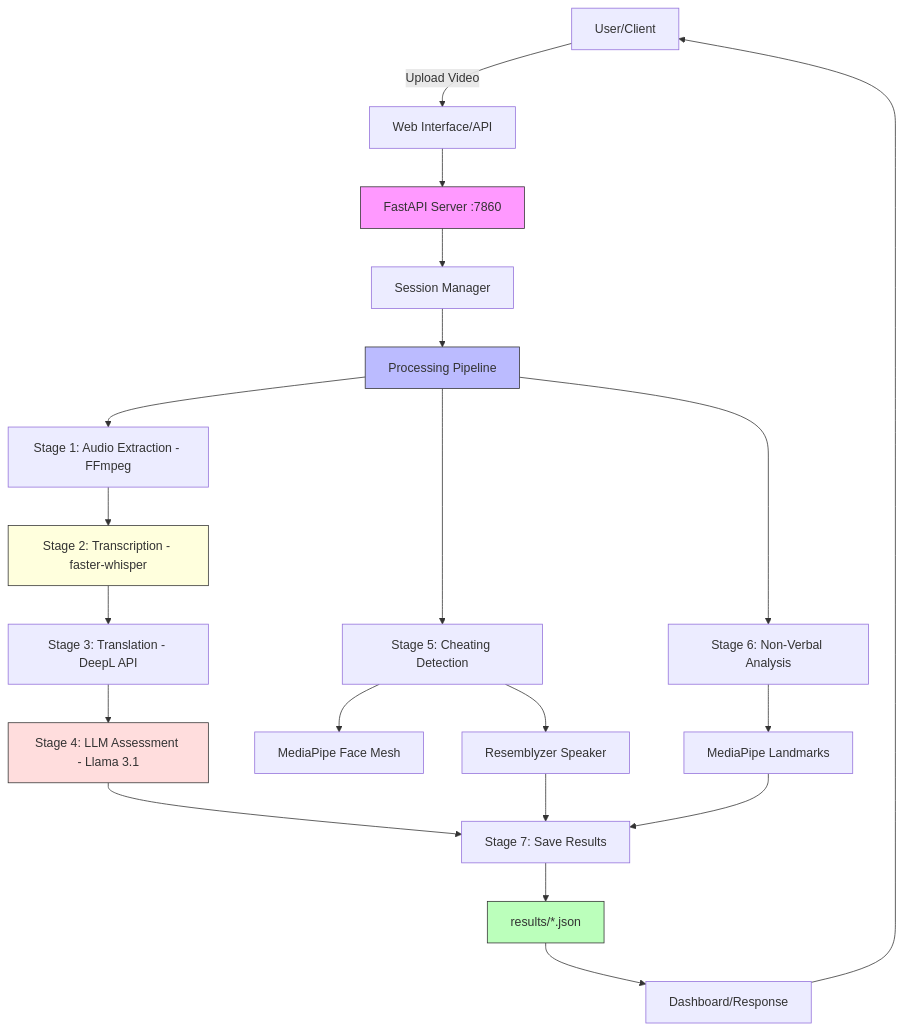
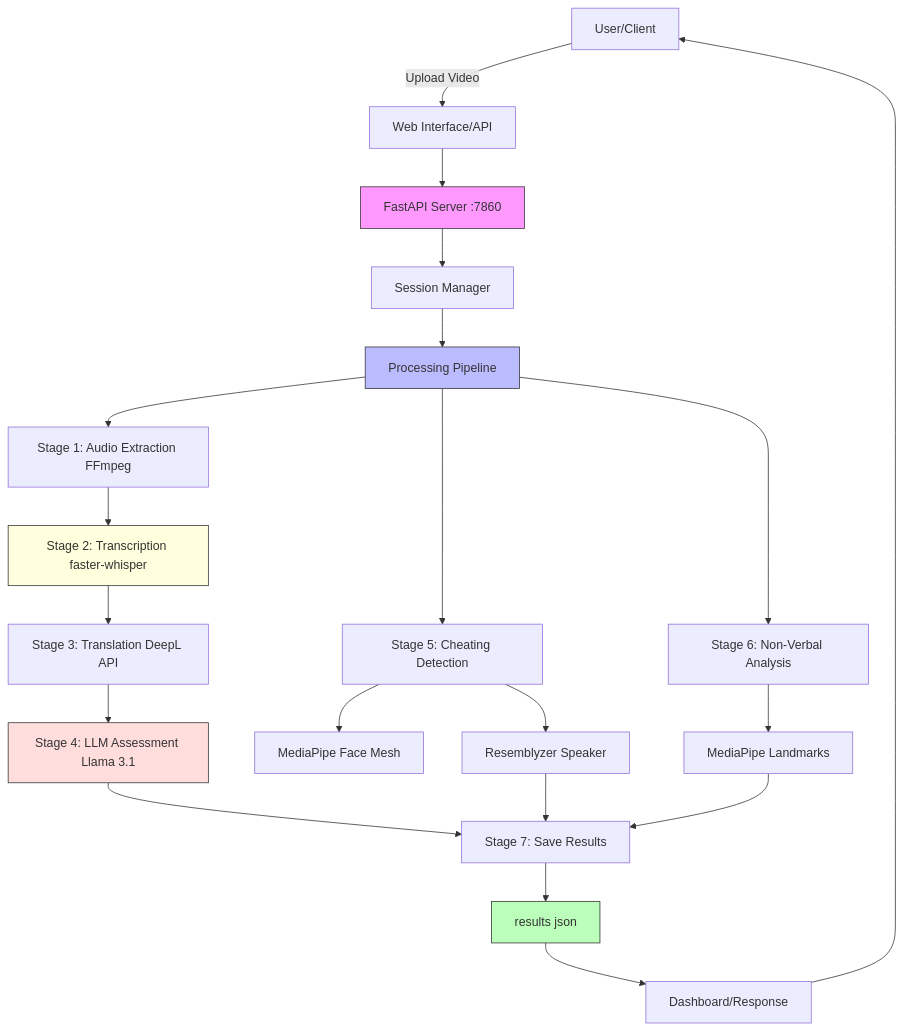
One commit to dapakyuu/Interview_Assesment_System changed the first of 4 diagrams in mkdocs/docs/development/architecture.md. Above: the diagram before and after it, drawn with Mermaid. The commit also changed other lines of this file and 7 other files, not shown here.

````diff
--- a/mkdocs/docs/development/architecture.md
+++ b/mkdocs/docs/development/architecture.md
@@ -9,33 +9,33 @@
 ```mermaid
 graph TB
-    A[User/Client] -->|Upload Video| B[Web Interface/API]
-    B --> C[FastAPI Server :7860]
-    C --> D[Session Manager]
-    D --> E[Processing Pipeline]
+    A["User/Client"] -->|"Upload Video"| B["Web Interface/API"]
+    B --> C["FastAPI Server :7860"]
+    C --> D["Session Manager"]
+    D --> E["Processing Pipeline"]
 
-    E --> F1[Stage 1: Audio Extraction - FFmpeg]
-    F1 --> F2[Stage 2: Transcription - faster-whisper]
-    F2 --> F3[Stage 3: Translation - DeepL API]
-    F3 --> F4[Stage 4: LLM Assessment - Llama 3.1]
+    E --> F1["Stage 1: Audio Extraction FFmpeg"]
+    F1 --> F2["Stage 2: Transcription faster-whisper"]
+    F2 --> F3["Stage 3: Translation DeepL API"]
+    F3 --> F4["Stage 4: LLM Assessment Llama 3.1"]
 
-    E --> G1[Stage 5: Cheating Detection]
-    G1 --> G2[MediaPipe Face Mesh]
-    G1 --> G3[Resemblyzer Speaker]
+    E --> G1["Stage 5: Cheating Detection"]
+    G1 --> G2["MediaPipe Face Mesh"]
+    G1 --> G3["Resemblyzer Speaker"]
 
-    E --> H[Stage 6: Non-Verbal Analysis]
-    H --> I[MediaPipe Landmarks]
+    E --> H["Stage 6: Non-Verbal Analysis"]
+    H --> I["MediaPipe Landmarks"]
 
-    F4 --> J[Stage 7: Save Results]
+    F4 --> J["Stage 7: Save Results"]
     G3 --> J
     I --> J
 
-    J --> K[results/*.json]
-    K --> L[Dashboard/Response]
+    J --> K["results json"]
+    K --> L["Dashboard/Response"]
     L --> A
 
     style C fill:#f9f,stroke:#333
     style E fill:#bbf,stroke:#333
     style K fill:#bfb,stroke:#333
     style F2 fill:#ffd,stroke:#333
     style F4 fill:#fdd,stroke:#333
 ```
````
